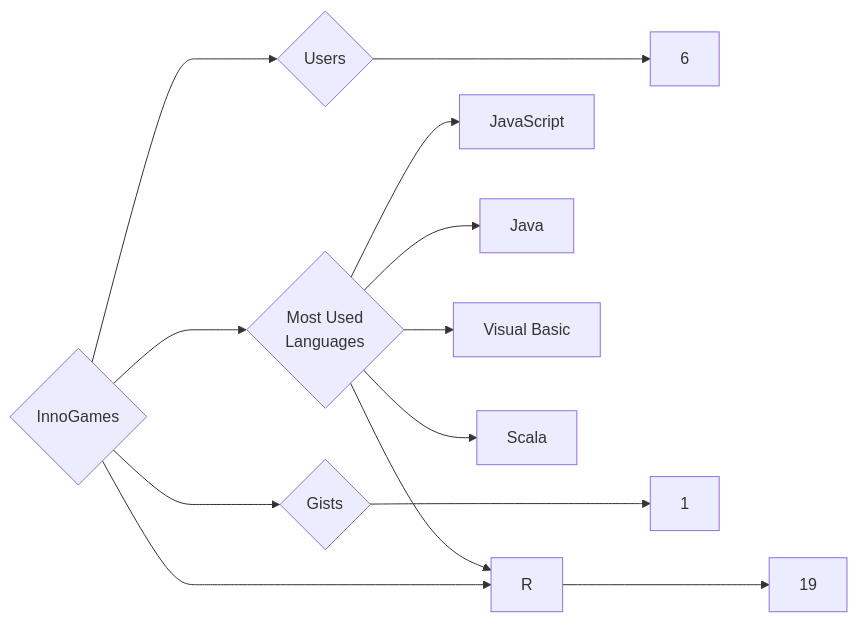
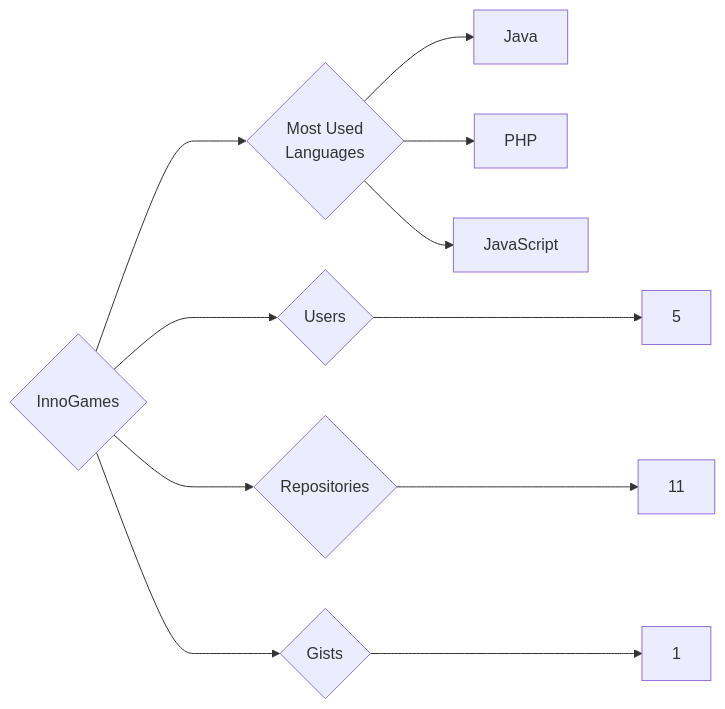
One commit to trickest/insiders changed the diagram in targets/InnoGames/README.md. Above: the diagram before and after it, drawn with Mermaid. The commit also changed 859 other files, not shown here.

````diff
--- a/targets/InnoGames/README.md
+++ b/targets/InnoGames/README.md
@@ -3,13 +3,11 @@
 ```mermaid
 graph LR
 COMPANY_NAME{InnoGames}
-COMPANY_NAME ---> U{Users} ---> UN[6]
-COMPANY_NAME ---> R{Repositories} ---> RN[19]
+COMPANY_NAME ---> U{Users} ---> UN[5]
+COMPANY_NAME ---> R{Repositories} ---> RN[11]
 COMPANY_NAME ---> G{Gists} ---> GN[1]
 COMPANY_NAME ---> ML{Most Used<br>Languages}
+ML --> Java[Java]
+ML --> PHP[PHP]
 ML --> JavaScript[JavaScript]
-ML --> Java[Java]
-ML --> Visual_Basic[Visual Basic]
-ML --> Scala[Scala]
-ML --> R[R]
 ```
````
